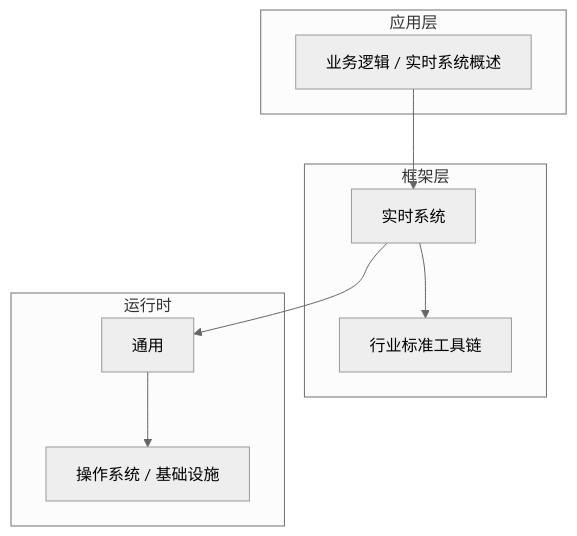
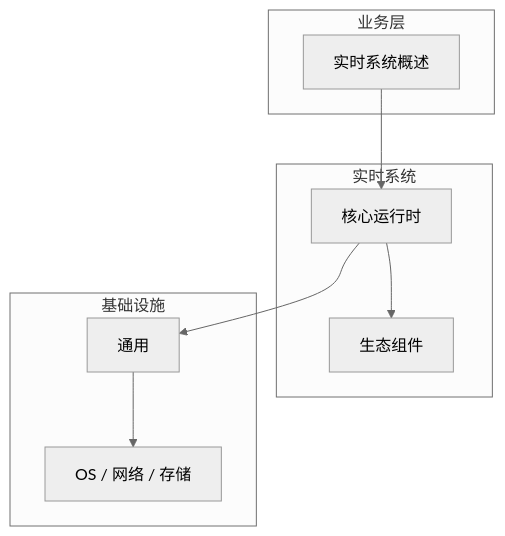
Before and after one commit to yanggan2015/knowledge-json-v2: the diagram in articles/实时系统/chapters/001-实时系统概述核心概念与原理.md, drawn with Mermaid (neutral theme). The commit also changed other lines of this file and 10127 other files, not shown here.

````diff
--- a/articles/实时系统/chapters/001-实时系统概述核心概念与原理.md
+++ b/articles/实时系统/chapters/001-实时系统概述核心概念与原理.md
@@ -45,18 +34,18 @@
 ```mermaid
 graph TB
-    subgraph 应用层
-        A[业务逻辑 / 实时系统概述]
+    subgraph 业务层
+        A[实时系统概述]
     end
-    subgraph 框架层
-        B[实时系统]
-        C[行业标准工具链]
+    subgraph 实时系统
+        B[核心运行时]
+        C[生态组件]
     end
-    subgraph 运行时
+    subgraph 基础设施
         D[通用]
-        E[操作系统 / 基础设施]
+        E[OS / 网络 / 存储]
     end
     A --> B
     B --> C
     B --> D
     D --> E
 ```
````
